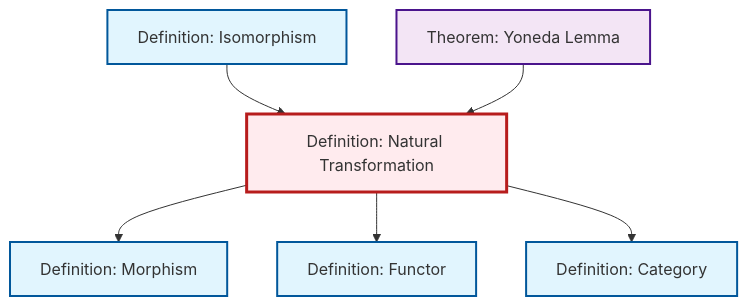
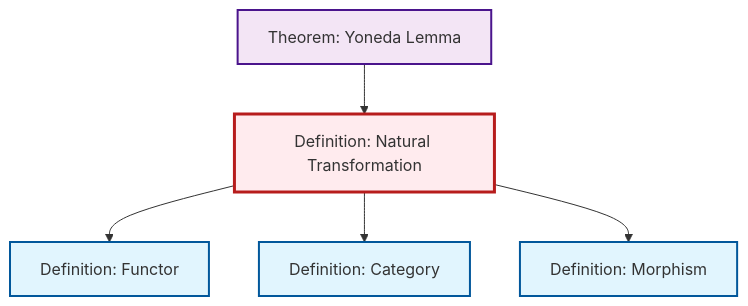
One commit to RK0429/ModernMath changed the diagram in content/en/category-theory/def-natural-transformation.qmd. Above: the diagram before and after it, drawn with Mermaid. The commit also changed 511 other files, not shown here.

````diff
--- a/content/en/category-theory/def-natural-transformation.qmd
+++ b/content/en/category-theory/def-natural-transformation.qmd
@@ -59,27 +59,19 @@
 ```{mermaid}
 %%| fig-cap: "Local dependency graph"
 graph TD
     classDef definition fill:#e1f5fe,stroke:#01579b,stroke-width:2px
     classDef theorem fill:#f3e5f5,stroke:#4a148c,stroke-width:2px
     classDef axiom fill:#fff3e0,stroke:#e65100,stroke-width:2px
     classDef example fill:#e8f5e9,stroke:#1b5e20,stroke-width:2px
     classDef current fill:#ffebee,stroke:#b71c1c,stroke-width:3px
-    def-isomorphism["Definition: Isomorphism"]:::definition
+    def-natural-transformation["Definition: Natural Transformation"]:::definition
+    thm-yoneda["Theorem: Yoneda Lemma"]:::theorem
+    def-functor["Definition: Functor"]:::definition
     def-morphism["Definition: Morphism"]:::definition
-    def-functor["Definition: Functor"]:::definition
     def-category["Definition: Category"]:::definition
-    thm-yoneda["Theorem: Yoneda Lemma"]:::theorem
-    def-natural-transformation["Definition: Natural Transformation"]:::definition
-    def-natural-transformation --> def-morphism
-    def-isomorphism --> def-natural-transformation
     def-natural-transformation --> def-functor
     def-natural-transformation --> def-category
     thm-yoneda --> def-natural-transformation
+    def-natural-transformation --> def-morphism
     class def-natural-transformation current
-
-    click def-isomorphism "def-isomorphism.html" "Go to Isomorphism definition"
-    click def-morphism "def-morphism.html" "Go to Morphism definition"
-    click def-functor "def-functor.html" "Go to Functor definition"
-    click def-category "def-category.html" "Go to Category definition"
-    click thm-yoneda "thm-yoneda.html" "Go to Yoneda Lemma theorem"
 ```
````
